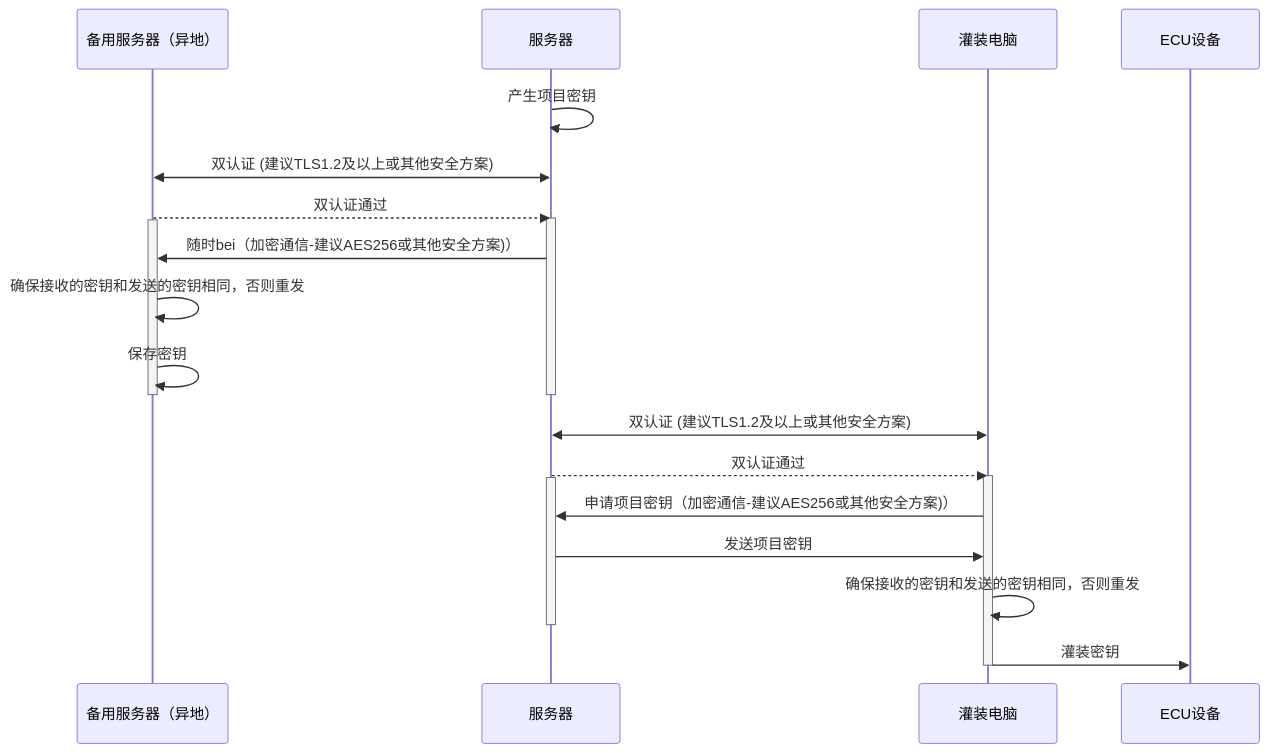
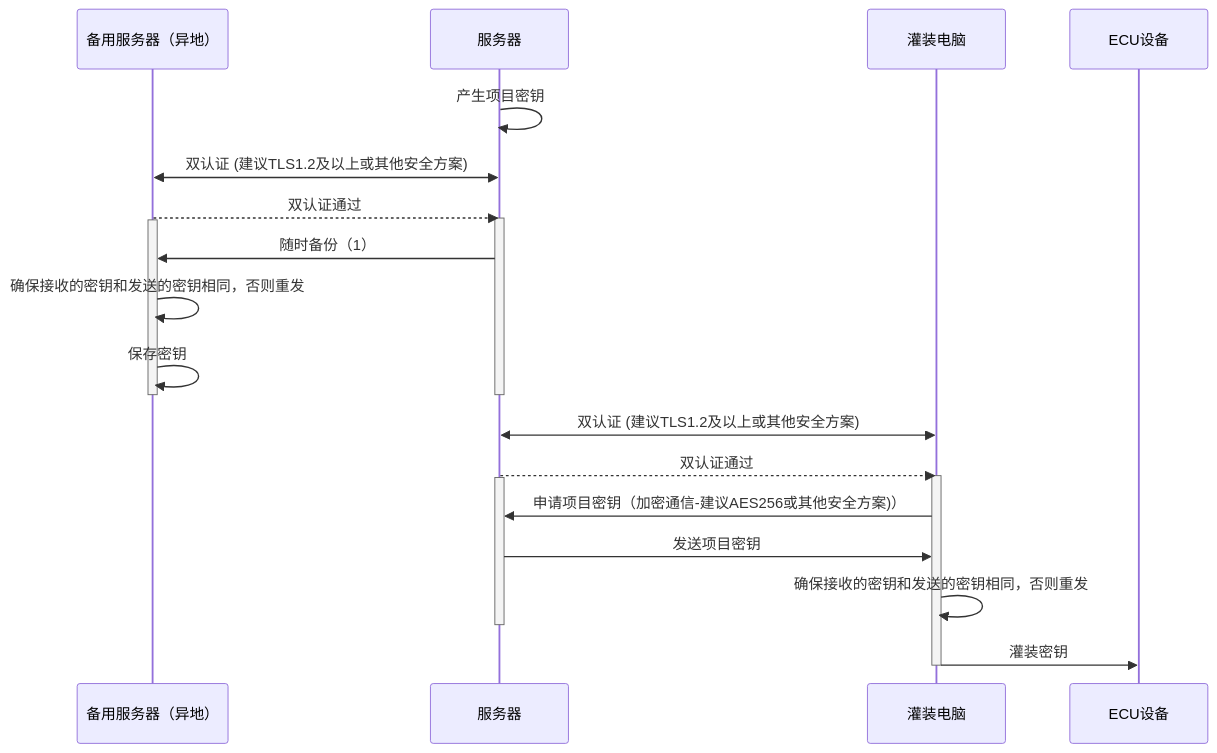
One commit to facebook-cloud/iodraw-files changed the diagram in all/未命名-15.md. Above: the diagram before and after it, drawn with Mermaid.

Commit message:
2026-02-03 16:22:12 update

````diff
--- a/all/未命名-15.md
+++ b/all/未命名-15.md
@@ -1,32 +1,32 @@
 ```mermaid
 sequenceDiagram
     participant B as 备用服务器（异地）
     participant A as 服务器
     participant C as 灌装电脑
     participant D as ECU设备
 
     A->>A: 产生项目密钥
     A<<->>B: 双认证 (建议TLS1.2及以上或其他安全方案)
     B-->>A: 双认证通过
     activate A
     activate B
-    A->>B: 随时bei（加密通信-建议AES256或其他安全方案)）
+    A->>B: 随时备份（1）
 
     B->>B: 确保接收的密钥和发送的密钥相同，否则重发
     B->>B: 保存密钥
     deactivate B
     deactivate A
 
     C<<->>A: 双认证 (建议TLS1.2及以上或其他安全方案)
     A-->>C: 双认证通过
     activate C
     activate A
     C->>A: 申请项目密钥（加密通信-建议AES256或其他安全方案)）
     A->>C: 发送项目密钥
 
     C->>C: 确保接收的密钥和发送的密钥相同，否则重发
     deactivate A
     C->>D: 灌装密钥
     deactivate C
 
 ```
````
